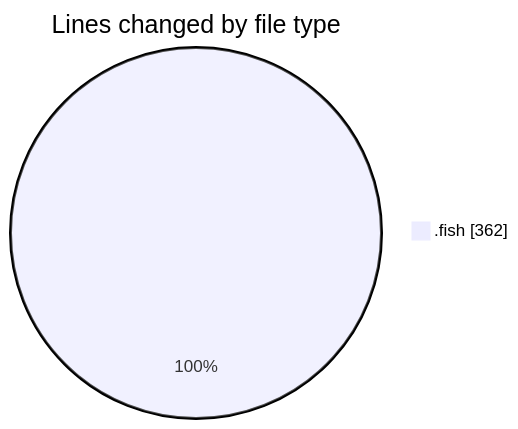
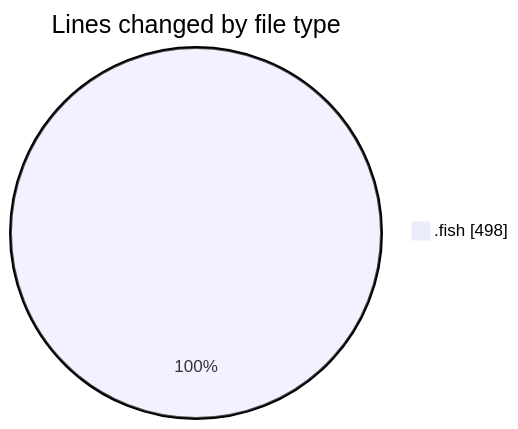
Before and after one commit to EIIisD/code-tracking: the first of 2 diagrams in 2025-08-12/fish/README.md, drawn with Mermaid. The commit also changed other lines of this file and 1 other file, not shown here.

````diff
--- a/2025-08-12/fish/README.md
+++ b/2025-08-12/fish/README.md
@@ -20,5 +20,5 @@
 ```mermaid
 pie showData
 title Lines changed by file type
-".fish" : 362
+".fish" : 498
 ```
````
